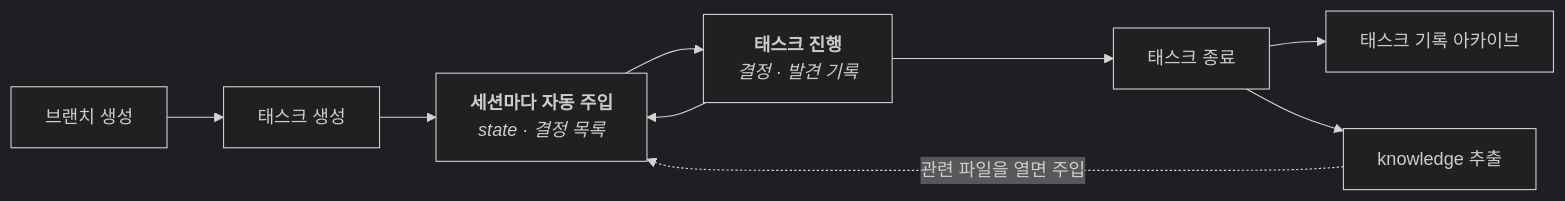
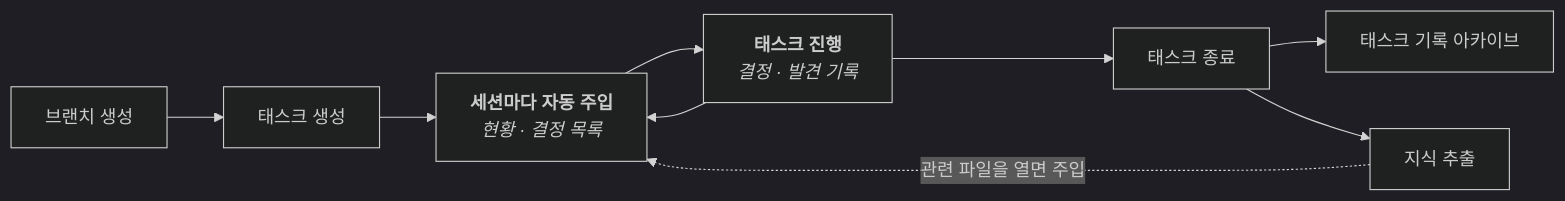
One commit to Othereum/agent-desk changed the first of 2 diagrams in README.md. Above: the diagram before and after it, drawn with Mermaid (dark theme). The commit also changed other lines of this file and 5 other files, not shown here.

````diff
--- a/README.md
+++ b/README.md
@@ -141,13 +151,13 @@
 ```mermaid
 flowchart LR
     B[브랜치 생성] --> T[태스크 생성]
     T --> S["`**세션마다 자동 주입**
-_state · 결정 목록_`"]
+_현황 · 결정 목록_`"]
     S --> W["`**태스크 진행**
 _결정 · 발견 기록_`"]
     W --> S
     W --> C[태스크 종료]
     C --> A[태스크 기록 아카이브]
-    C --> K[knowledge 추출]
+    C --> K[지식 추출]
     K -. 관련 파일을 열면 주입 .-> S
 ```
````
